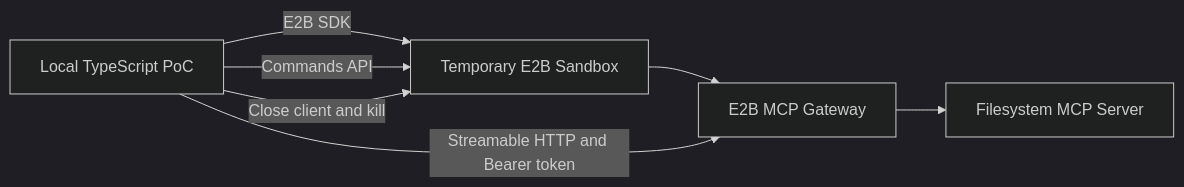
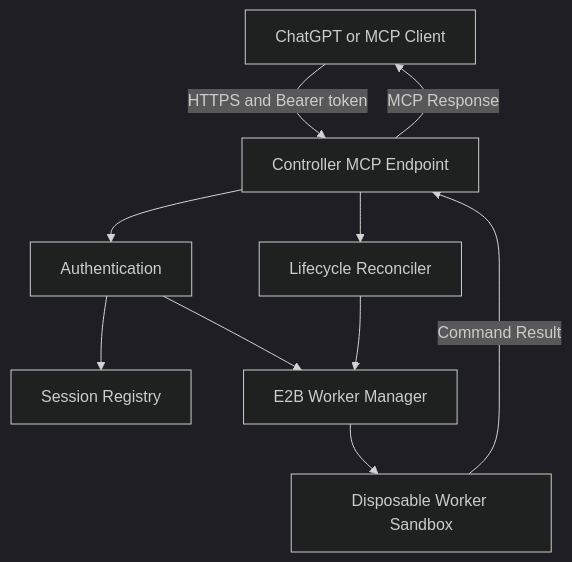
Before and after one commit to imMamdouhaboammar/e2b-agent-runtime: the diagram in README.md, drawn with Mermaid (dark theme). The commit also changed other lines of this file and 27 other files, not shown here.

Commit message:
feat(controller): implement Remote MCP Controller and Worker Sandbox lifecycle manager

````diff
--- a/README.md
+++ b/README.md
@@ -11,9 +9,12 @@
 ```mermaid
-flowchart LR
-    A[Local TypeScript PoC] -->|E2B SDK| B[Temporary E2B Sandbox]
-    B --> C[E2B MCP Gateway]
-    C --> D[Filesystem MCP Server]
-    A -->|Streamable HTTP and Bearer token| C
-    A -->|Commands API| B
-    A -->|Close client and kill| B
+flowchart TD
+    A[ChatGPT or MCP Client] -->|HTTPS and Bearer token| B[Controller MCP Endpoint]
+    B --> C[Authentication]
+    C --> D[Session Registry]
+    C --> E[E2B Worker Manager]
+    E --> F[Disposable Worker Sandbox]
+    B --> G[Lifecycle Reconciler]
+    G --> E
+    F -->|Command Result| B
+    B -->|MCP Response| A
 ```
````
